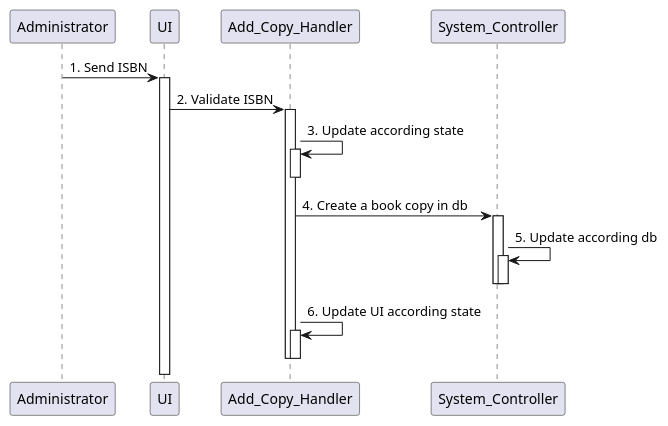
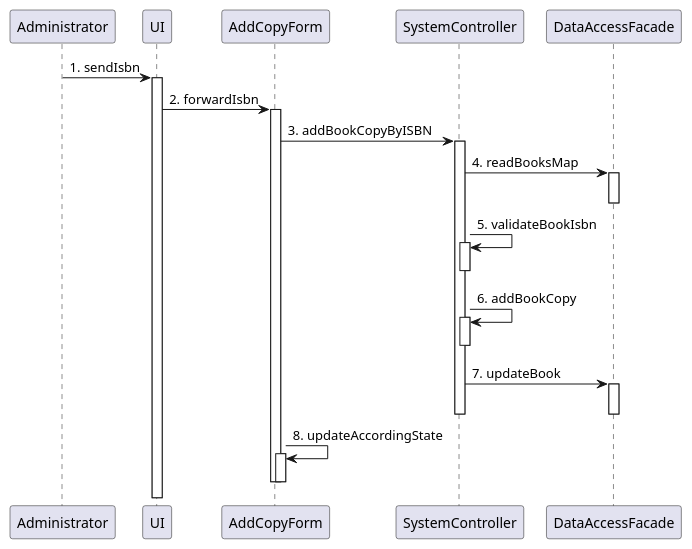
Before and after one commit to vohoangxuan/LibraryProject: the diagram in doc/UC4_seq.puml, drawn with PlantUML. The commit also changed 11 other files, not shown here.

```diff
--- a/doc/UC4_seq.puml
+++ b/doc/UC4_seq.puml
@@ -1,21 +1,27 @@
 @startuml
 participant Administrator
 
-Administrator -> UI: 1. Send ISBN
+Administrator -> UI: 1. sendIsbn
 activate UI
-UI -> Add_Copy_Handler: 2. Validate ISBN
-activate Add_Copy_Handler
-Add_Copy_Handler -> Add_Copy_Handler: 3. Update according state
-activate Add_Copy_Handler
-deactivate Add_Copy_Handler
-Add_Copy_Handler -> System_Controller: 4. Create a book copy in db
-activate System_Controller
-System_Controller -> System_Controller: 5. Update according db
-activate System_Controller
-deactivate System_Controller
-deactivate System_Controller
-Add_Copy_Handler -> Add_Copy_Handler: 6. Update UI according state
-activate Add_Copy_Handler
-deactivate Add_Copy_Handler
-deactivate Add_Copy_Handler
+UI -> AddCopyForm: 2. forwardIsbn
+activate AddCopyForm
+AddCopyForm -> SystemController: 3. addBookCopyByISBN
+activate SystemController
+SystemController -> DataAccessFacade: 4. readBooksMap
+activate DataAccessFacade
+deactivate DataAccessFacade
+SystemController -> SystemController: 5. validateBookIsbn
+activate SystemController
+deactivate SystemController
+SystemController -> SystemController: 6. addBookCopy
+activate SystemController
+deactivate SystemController
+SystemController -> DataAccessFacade: 7. updateBook
+activate DataAccessFacade
+deactivate DataAccessFacade
+deactivate SystemController
+AddCopyForm -> AddCopyForm: 8. updateAccordingState
+activate AddCopyForm
+deactivate AddCopyForm
+deactivate AddCopyForm
 @enduml
```
